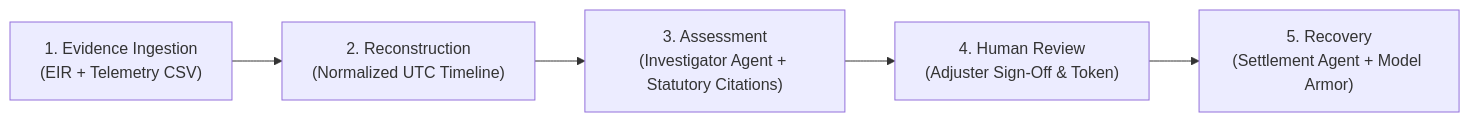
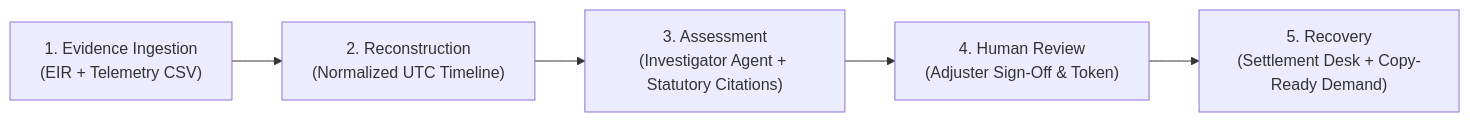
The first of 2 diagrams in README.md (malicodes2/SubroGate), drawn with Mermaid before and after one commit. The commit also changed other lines of this file and 34 other files, not shown here.

Commit message:
feat: complete QA remediation, security hardening, recovery desk redesign, and ADK integration

````diff
--- a/README.md
+++ b/README.md
@@ -52,7 +53,7 @@
 ```mermaid
 flowchart LR
-    S1["1. Evidence Ingestion\n(EIR + Telemetry CSV)"] --> S2["2. Reconstruction\n(Normalized UTC Timeline)"]
-    S2 --> S3["3. Assessment\n(Investigator Agent + Statutory Citations)"]
-    S3 --> S4["4. Human Review\n(Adjuster Sign-Off & Token)"]
-    S4 --> S5["5. Recovery\n(Settlement Agent + Model Armor)"]
+    S1["1. Evidence Ingestion<br>(EIR + Telemetry CSV)"] --> S2["2. Reconstruction<br>(Normalized UTC Timeline)"]
+    S2 --> S3["3. Assessment<br>(Investigator Agent + Statutory Citations)"]
+    S3 --> S4["4. Human Review<br>(Adjuster Sign-Off & Token)"]
+    S4 --> S5["5. Recovery<br>(Settlement Desk + Copy-Ready Demand)"]
 ```
````
